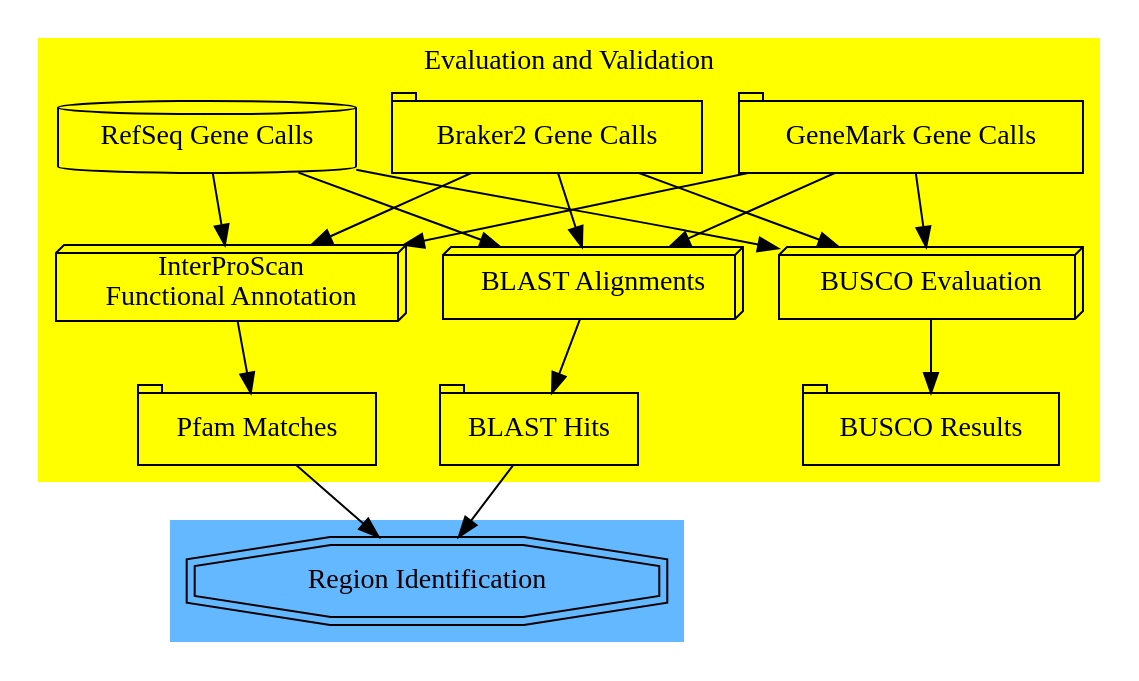
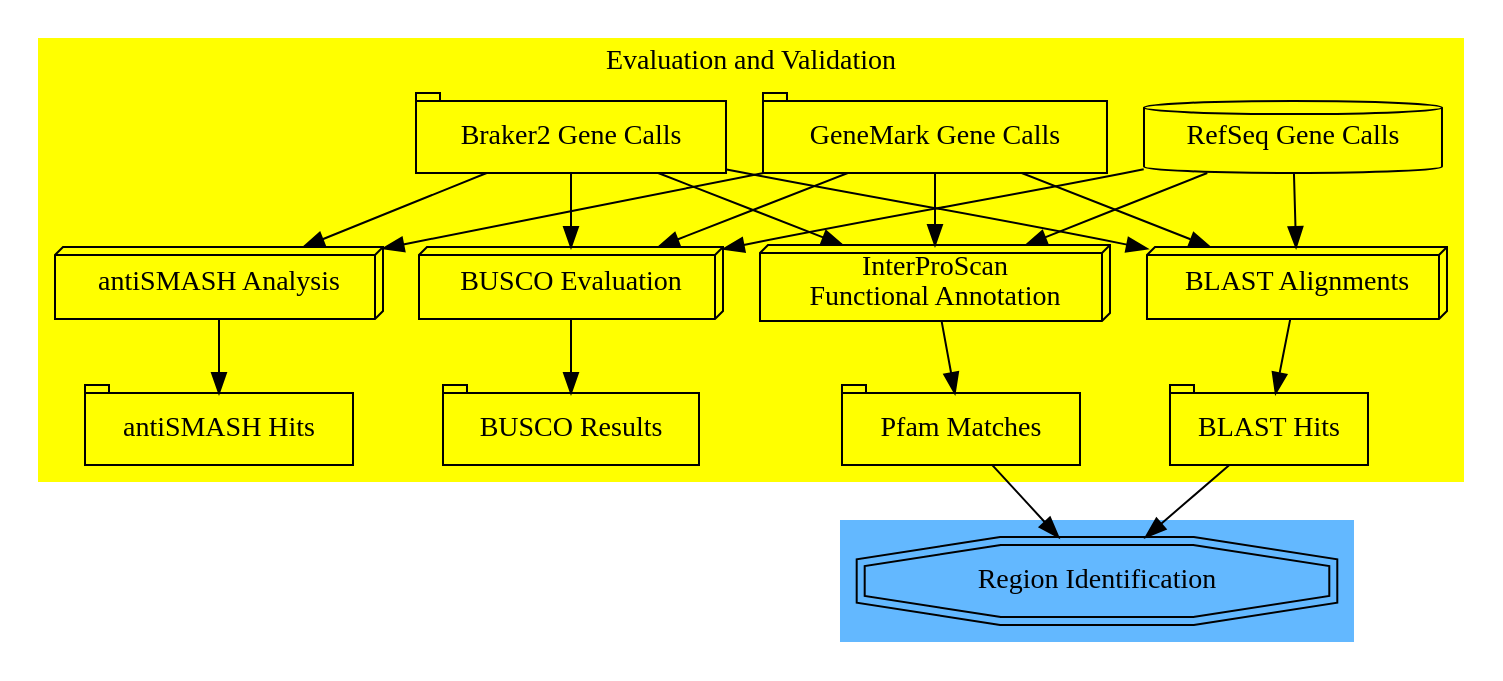
One commit to cbe453/masters changed the diagram in working-thesis/figures/eval-met.dot. Above: the diagram before and after it, drawn with Graphviz. The commit also changed 24 other files, not shown here.

```diff
--- a/working-thesis/figures/eval-met.dot
+++ b/working-thesis/figures/eval-met.dot
@@ -1,38 +1,43 @@
 digraph G {
 
 	subgraph cluster_0 {
 		 style = filled;
 		 color = yellow;
 		 label = "Evaluation and Validation"
 		 "RefSeq Gene Calls" [shape = cylinder];
 		 "GeneMark Gene Calls" [shape = tab];
 		 "Braker2 Gene Calls" [shape = tab];
 		 "InterProScan\nFunctional Annotation" [shape = box3d];
 		 "GeneMark Gene Calls" -> "InterProScan\nFunctional Annotation";
 		 "RefSeq Gene Calls" -> "InterProScan\nFunctional Annotation";
 		 "Braker2 Gene Calls" -> "InterProScan\nFunctional Annotation";
 		 "Pfam Matches" [shape = tab];
 		 "InterProScan\nFunctional Annotation" -> "Pfam Matches";
 		 "BLAST Alignments" [shape = box3d];
 		 "GeneMark Gene Calls" -> "BLAST Alignments";
 		 "RefSeq Gene Calls" -> "BLAST Alignments";
 		 "Braker2 Gene Calls" -> "BLAST Alignments";
 		 "BLAST Hits" [shape = tab];
 		 "BLAST Alignments" -> "BLAST Hits";
 		 "BUSCO Evaluation" [shape = box3d];
 		 "GeneMark Gene Calls" -> "BUSCO Evaluation";
                  "RefSeq Gene Calls" -> "BUSCO Evaluation";
                  "Braker2 Gene Calls" -> "BUSCO Evaluation";
 		 "BUSCO Results" [shape = tab];
 		 "BUSCO Evaluation" -> "BUSCO Results";
+		 "antiSMASH Analysis" [shape = box3d];
+		 "GeneMark Gene Calls" -> "antiSMASH Analysis";
+		 "Braker2 Gene Calls" -> "antiSMASH Analysis";
+		 "antiSMASH Hits" [shape = tab];
+		 "antiSMASH Analysis" -> "antiSMASH Hits";
 	}
 
 	subgraph cluster_1 {
 		 style = filled;
 		 color = steelblue1;
 		 "Region Identification" [shape = doubleoctagon];
 	}
 
 	"BLAST Hits" -> "Region Identification";
 	"Pfam Matches" -> "Region Identification";
 }
```
